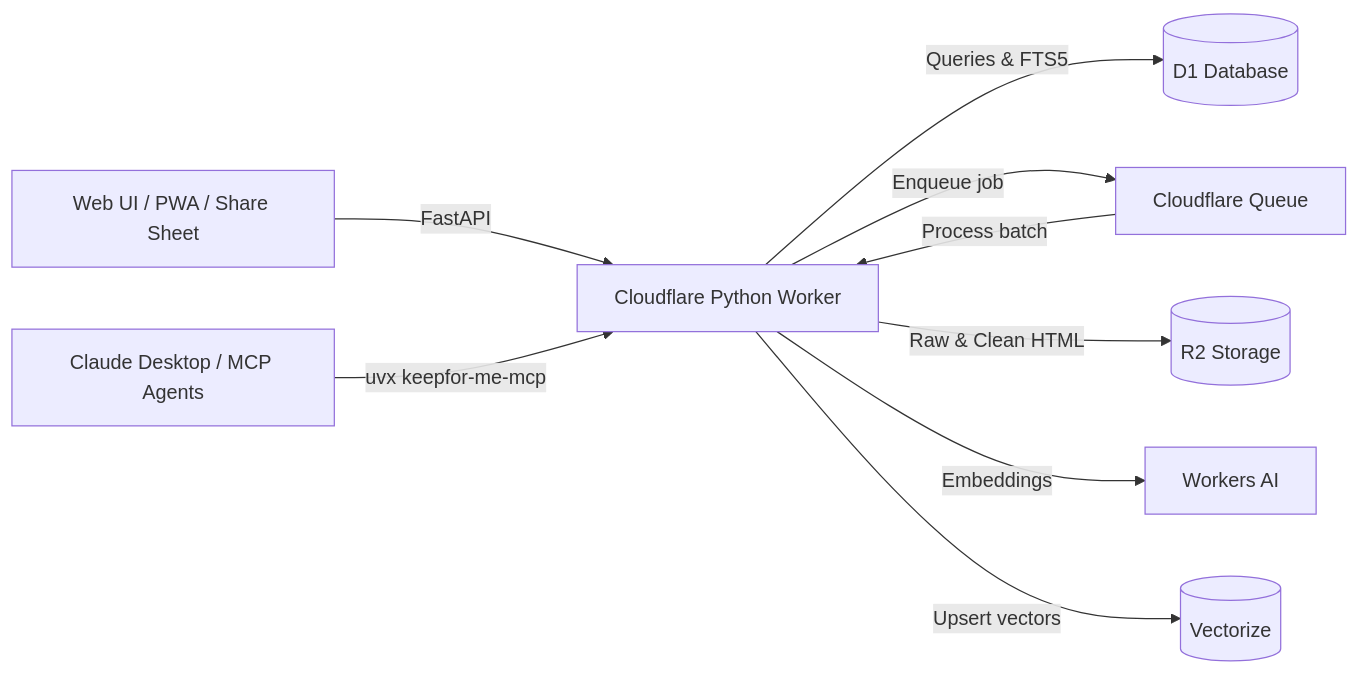
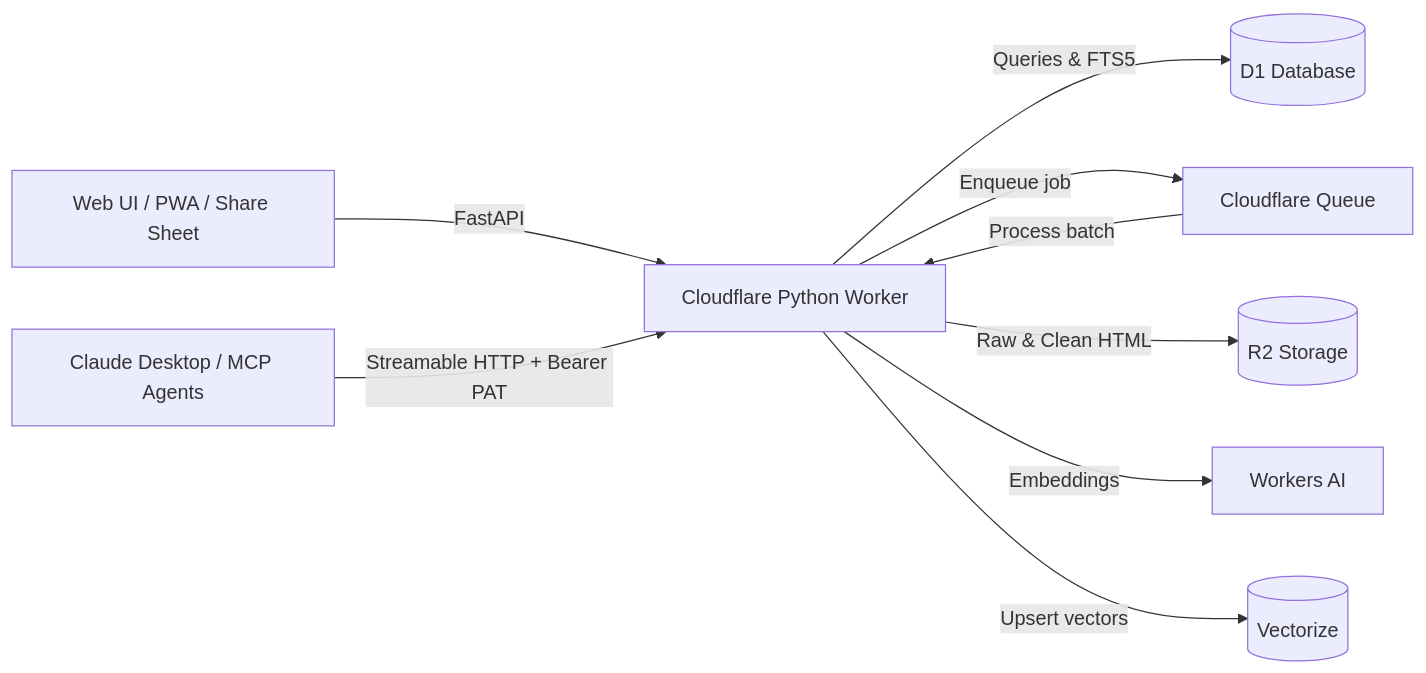
The diagram in README.md (melcutz/keepfor.me), drawn with Mermaid before and after one commit. The commit also changed other lines of this file and 8 other files, not shown here.

````diff
--- a/README.md
+++ b/README.md
@@ -27,12 +27,12 @@
 ```mermaid
 flowchart LR
     Browser["Web UI / PWA / Share Sheet"] -->|FastAPI| Worker["Cloudflare Python Worker"]
-    Claude["Claude Desktop / MCP Agents"] -->|uvx keepfor-me-mcp| Worker
+    Claude["Claude Desktop / MCP Agents"] -->|Streamable HTTP + Bearer PAT| Worker
 
     Worker -->|Queries & FTS5| D1[("D1 Database")]
     Worker -->|Enqueue job| Queue["Cloudflare Queue"]
     Queue -->|Process batch| Worker
     Worker -->|Raw & Clean HTML| R2[("R2 Storage")]
     Worker -->|Embeddings| WAI["Workers AI"]
     Worker -->|Upsert vectors| Vec[("Vectorize")]
 ```
````
